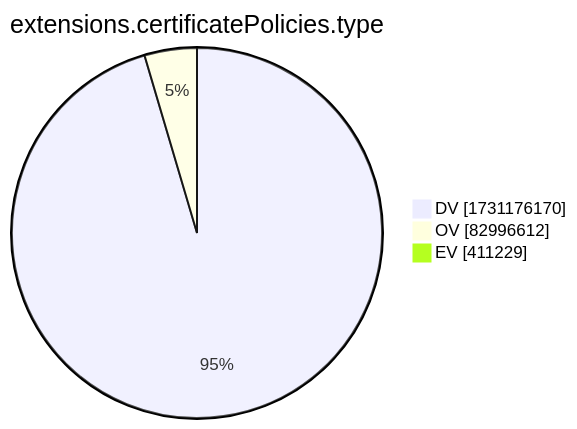
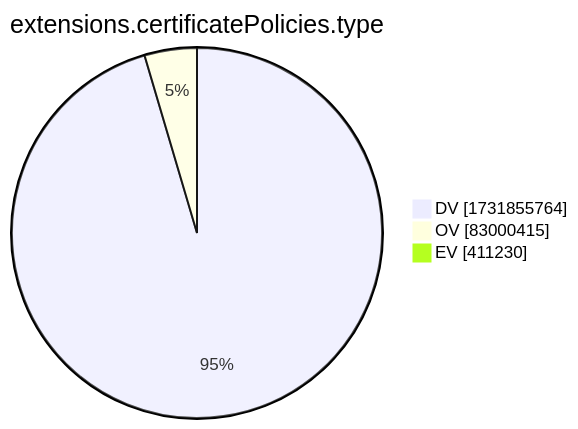
The tenth of 15 diagrams in xenon2022/README.md (christiankrug/ctmonitor_visualization), drawn with Mermaid before and after one commit. The commit also changed other lines of this file, not shown here.

````diff
--- a/xenon2022/README.md
+++ b/xenon2022/README.md
@@ -2881,7 +2881,7 @@
 ```mermaid
 pie showData
 title extensions.certificatePolicies.type
-"DV" :1731176170
-"OV" :82996612
-"EV" :411229
+"DV" :1731855764
+"OV" :83000415
+"EV" :411230
 ```
````
